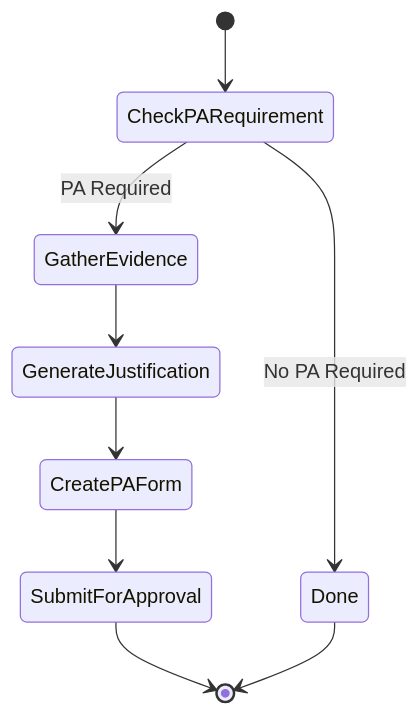
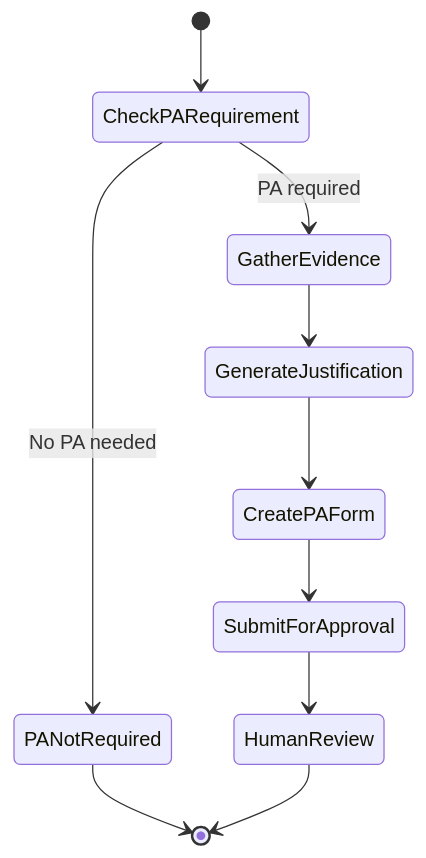
Before and after one commit to 0xultravioleta/medos: the fifth of 7 diagrams in 04-architecture/system-design/agent-architecture.md, drawn with Mermaid. The commit also changed other lines of this file and 32 other files, not shown here.

Commit message:
docs: enrich agent architecture diagrams and Prior Auth deep dive with Sprint 4 implementation notes

````diff
--- a/04-architecture/system-design/agent-architecture.md
+++ b/04-architecture/system-design/agent-architecture.md
@@ -960,11 +960,12 @@
 ```mermaid
 stateDiagram-v2
     [*] --> CheckPARequirement
-    CheckPARequirement --> Done: No PA Required
-    CheckPARequirement --> GatherEvidence: PA Required
+    CheckPARequirement --> PANotRequired: No PA needed
+    CheckPARequirement --> GatherEvidence: PA required
+    PANotRequired --> [*]
     GatherEvidence --> GenerateJustification
     GenerateJustification --> CreatePAForm
     CreatePAForm --> SubmitForApproval
-    SubmitForApproval --> [*]
-    Done --> [*]
+    SubmitForApproval --> HumanReview
+    HumanReview --> [*]
 ```
````
